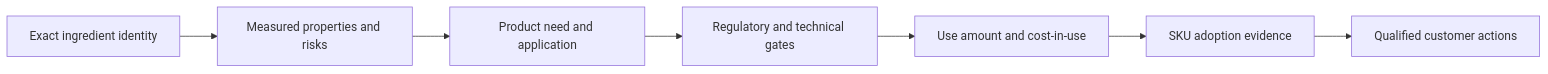
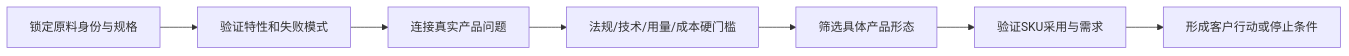
The diagram in README.md (sherrywong0512/ingredient-opportunity-research), drawn with Mermaid before and after one commit. The commit also changed other lines of this file and 20 other files, not shown here.

````diff
--- a/README.md
+++ b/README.md
@@ -13,9 +32,9 @@
 ```mermaid
 flowchart LR
-    A[Exact ingredient identity] --> B[Measured properties and risks]
-    B --> C[Product need and application]
-    C --> D[Regulatory and technical gates]
-    D --> E[Use amount and cost-in-use]
-    E --> F[SKU adoption evidence]
-    F --> G[Qualified customer actions]
+    A[锁定原料身份与规格] --> B[验证特性和失败模式]
+    B --> C[连接真实产品问题]
+    C --> D[法规/技术/用量/成本硬门槛]
+    D --> E[筛选具体产品形态]
+    E --> F[验证SKU采用与需求]
+    F --> G[形成客户行动或停止条件]
 ```
````
